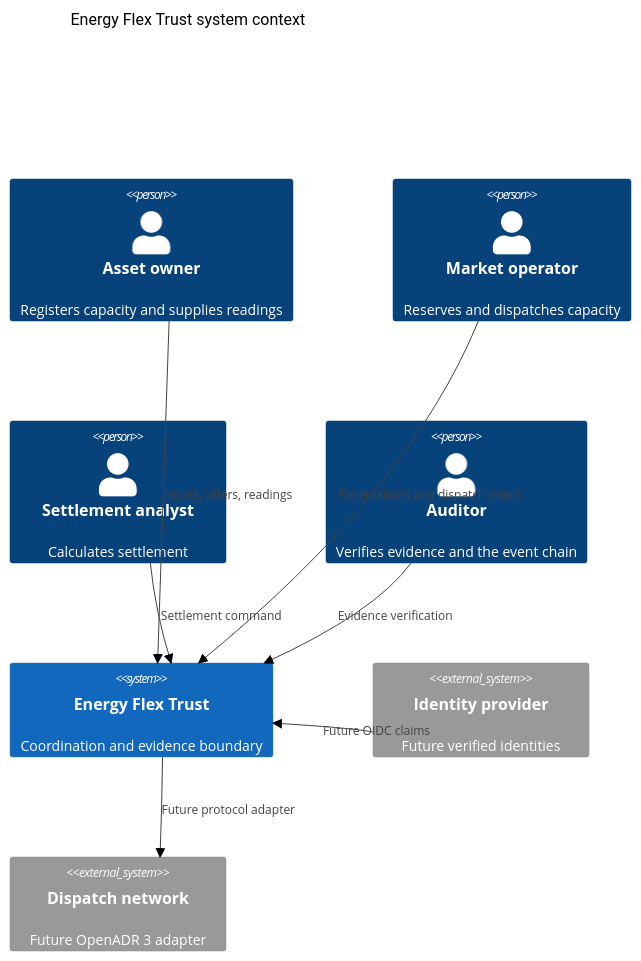
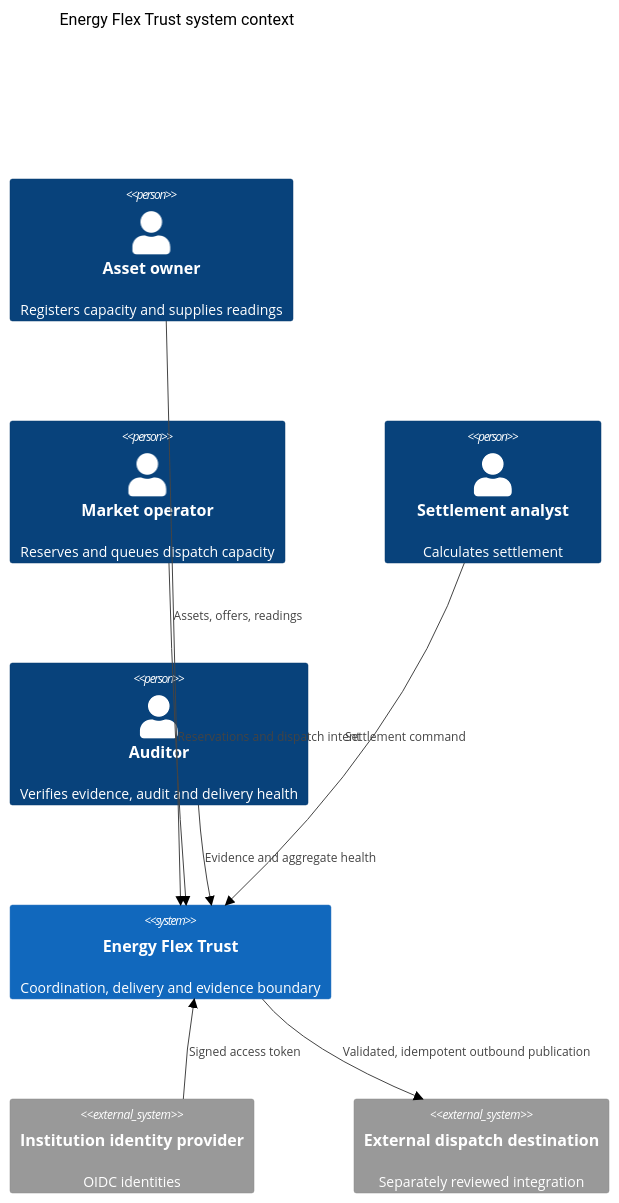
Before and after one commit to bilgekayali/energy-flex-trust-platform: the first of 2 diagrams in docs/ARCHITECTURE.md, drawn with Mermaid (neutral theme). The commit also changed other lines of this file, not shown here.

Commit message:
docs: align architecture with v0.3 outbox state model

````diff
--- a/docs/ARCHITECTURE.md
+++ b/docs/ARCHITECTURE.md
@@ -14,18 +15,18 @@
 ```mermaid
 C4Context
     title Energy Flex Trust system context
     Person(owner, "Asset owner", "Registers capacity and supplies readings")
-    Person(operator, "Market operator", "Reserves and dispatches capacity")
+    Person(operator, "Market operator", "Reserves and queues dispatch capacity")
     Person(analyst, "Settlement analyst", "Calculates settlement")
-    Person(auditor, "Auditor", "Verifies evidence and the event chain")
-    System(platform, "Energy Flex Trust", "Coordination and evidence boundary")
-    System_Ext(identity, "Identity provider", "Future verified identities")
-    System_Ext(dispatch, "Dispatch network", "Future OpenADR 3 adapter")
+    Person(auditor, "Auditor", "Verifies evidence, audit and delivery health")
+    System(platform, "Energy Flex Trust", "Coordination, delivery and evidence boundary")
+    System_Ext(identity, "Institution identity provider", "OIDC identities")
+    System_Ext(dispatch, "External dispatch destination", "Separately reviewed integration")
 
     Rel(owner, platform, "Assets, offers, readings")
     Rel(operator, platform, "Reservations and dispatch intent")
     Rel(analyst, platform, "Settlement command")
-    Rel(auditor, platform, "Evidence verification")
-    Rel(identity, platform, "Future OIDC claims")
-    Rel(platform, dispatch, "Future protocol adapter")
+    Rel(auditor, platform, "Evidence and aggregate health")
+    Rel(identity, platform, "Signed access token")
+    Rel(platform, dispatch, "Validated, idempotent outbound publication")
 ```
````
